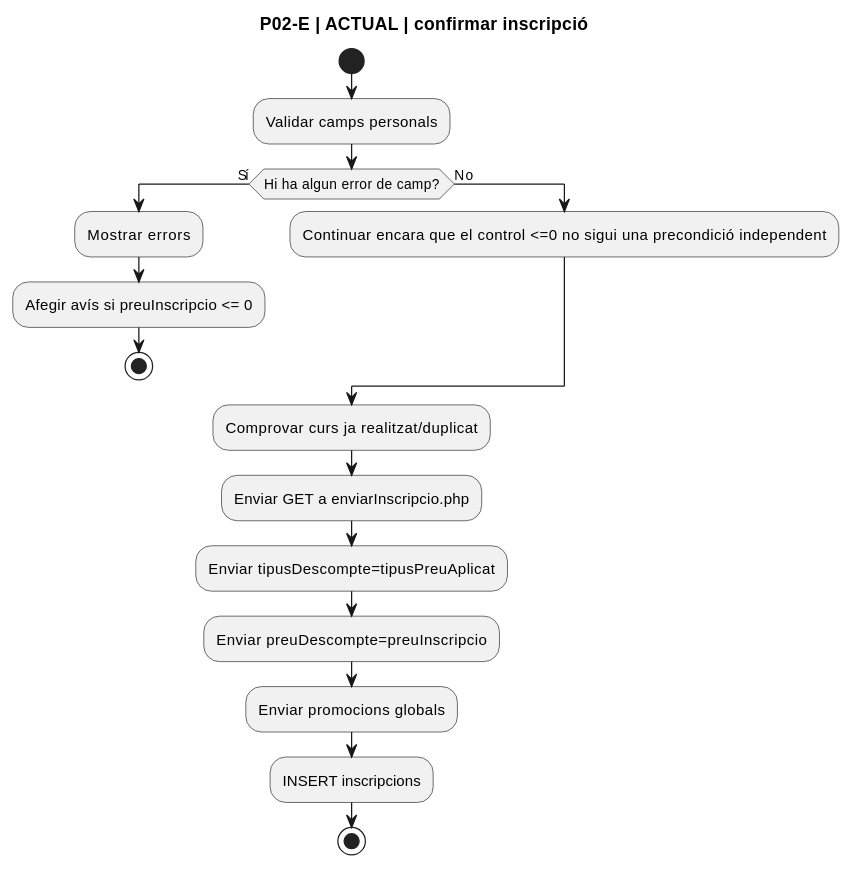
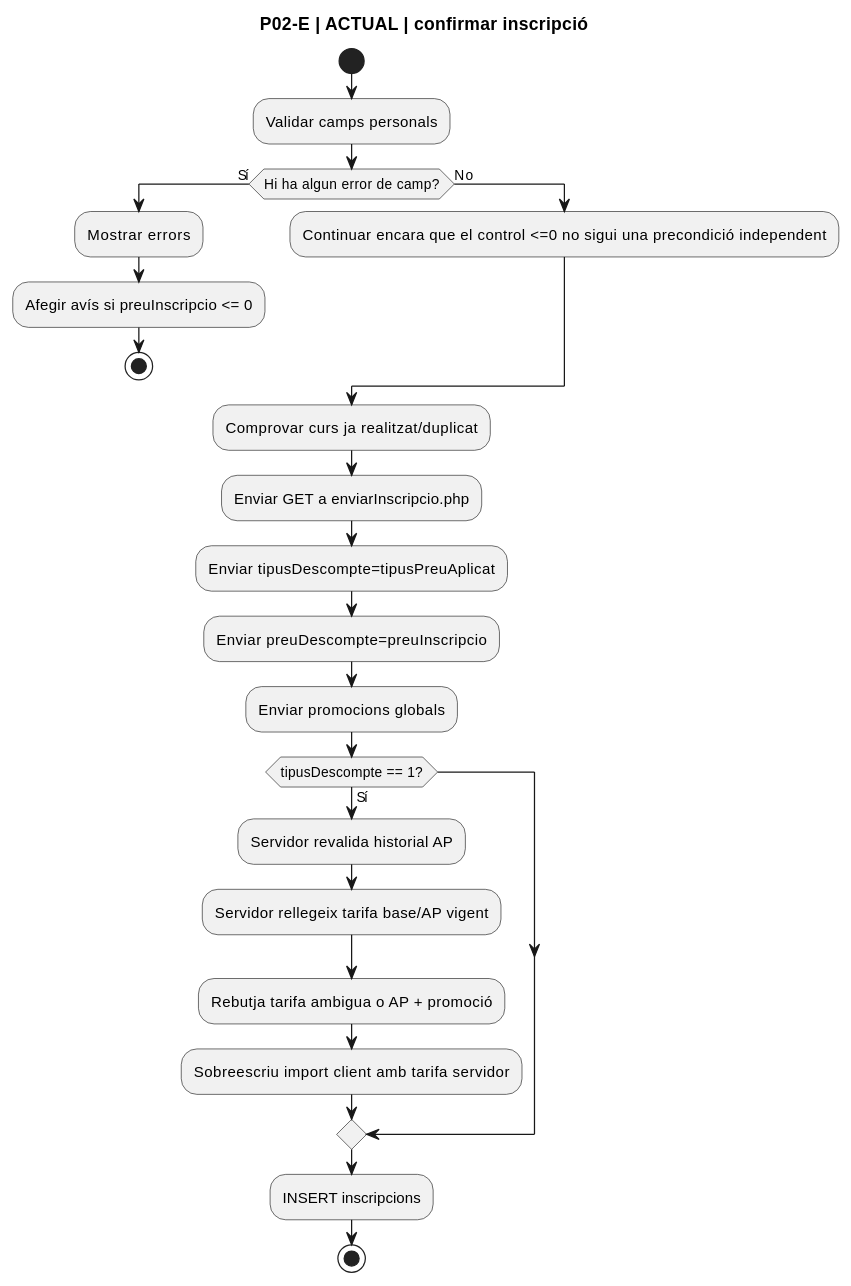
Before and after one commit to orgmeriemprismacat-del/verifactu: the eighth of 25 diagrams in documentacio/07-uml-integrat/uc-020-activitats-pagines-actual-final.md, drawn with PlantUML. The commit also changed other lines of this file, not shown here.

````diff
--- a/documentacio/07-uml-integrat/uc-020-activitats-pagines-actual-final.md
+++ b/documentacio/07-uml-integrat/uc-020-activitats-pagines-actual-final.md
@@ -183,21 +183,27 @@
 ```plantuml
 @startuml
 title P02-E | ACTUAL | confirmar inscripció
 start
 :Validar camps personals;
 if (Hi ha algun error de camp?) then (Sí)
  :Mostrar errors;
  :Afegir avís si preuInscripcio <= 0;
  stop
 else (No)
  :Continuar encara que el control <=0 no sigui una precondició independent;
 endif
 :Comprovar curs ja realitzat/duplicat;
 :Enviar GET a enviarInscripcio.php;
 :Enviar tipusDescompte=tipusPreuAplicat;
 :Enviar preuDescompte=preuInscripcio;
 :Enviar promocions globals;
+if (tipusDescompte == 1?) then (Sí)
+ :Servidor revalida historial AP;
+ :Servidor rellegeix tarifa base/AP vigent;
+ :Rebutja tarifa ambigua o AP + promoció;
+ :Sobreescriu import client amb tarifa servidor;
+endif
 :INSERT inscripcions;
 stop
 @enduml
 ```
````
